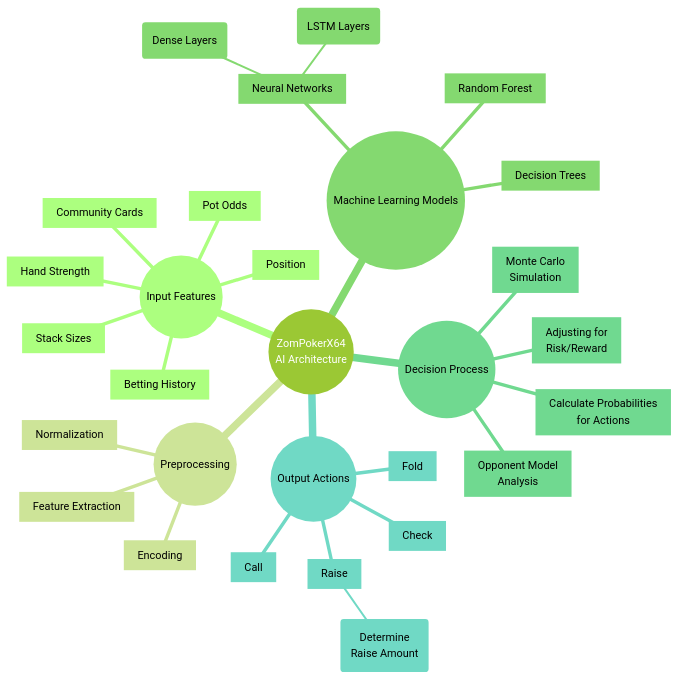
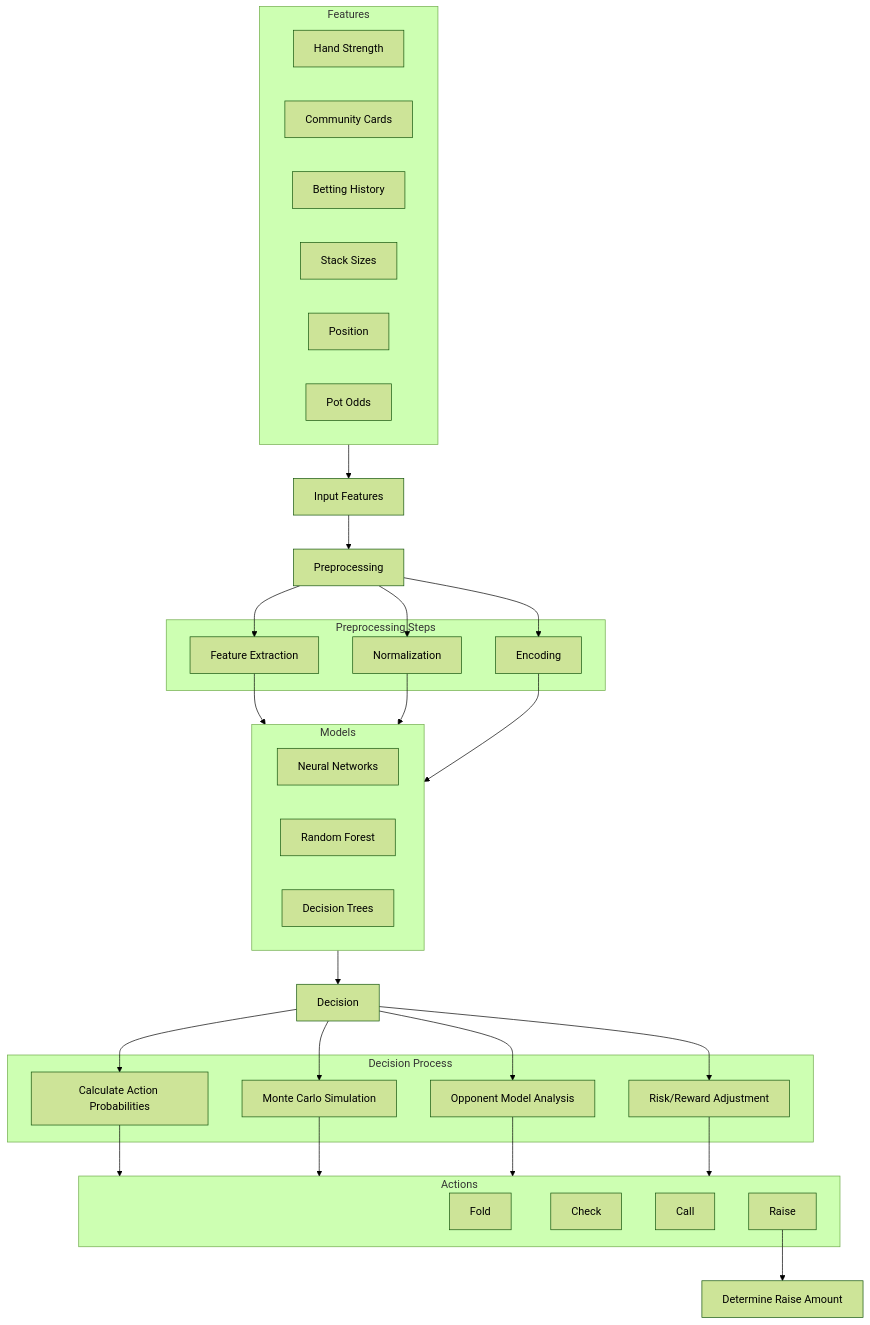
The third of 3 diagrams in README.md (JonusNattapong/PlantvsAi-zombitx64), drawn with Mermaid (forest theme) before and after one commit. The commit also changed other lines of this file, not shown here.

Commit message:
ปรับปรุง README.md โดยเปลี่ยนแผนภาพการทำงานของเกมโป๊กเกอร์และการสื่อสารระหว่าง Frontend-Backend เป็นรูปแบบใหม่ รวมถึงการอัปเดตสถาปัตยกรรม AI ของ ZomPokerX64 เพื่อให้ชัดเจนและเข้าใจง่ายขึ้น

````diff
--- a/README.md
+++ b/README.md
@@ -174,32 +190,58 @@
 ```mermaid
-mindmap
-  root((ZomPokerX64<br>AI Architecture))
-    ((Input Features))
-      [Hand Strength]
-      [Community Cards]
-      [Betting History]
-      [Stack Sizes]
-      [Position]
-      [Pot Odds]
-    ((Preprocessing))
-      [Feature Extraction]
-      [Normalization]
-      [Encoding]
-    ((Machine Learning Models))
-      [Neural Networks]
-        (Dense Layers)
-        (LSTM Layers)
-      [Random Forest]
-      [Decision Trees]
-    ((Decision Process))
-      [Calculate Probabilities<br>for Actions]
-      [Monte Carlo<br>Simulation]
-      [Opponent Model<br>Analysis]
-      [Adjusting for<br>Risk/Reward]
-    ((Output Actions))
-      [Fold]
-      [Check]
-      [Call]
-      [Raise]
-        (Determine<br>Raise Amount)
+graph TB
+    Input[Input Features] --> Preprocess[Preprocessing]
+    
+    subgraph Features
+    F1[Hand Strength]
+    F2[Community Cards]
+    F3[Betting History]
+    F4[Stack Sizes]
+    F5[Position]
+    F6[Pot Odds]
+    end
+    
+    Features --> Input
+    
+    subgraph Preprocessing Steps
+    P1[Feature Extraction]
+    P2[Normalization]
+    P3[Encoding]
+    end
+    
+    Preprocess --> P1
+    Preprocess --> P2
+    Preprocess --> P3
+    
+    P1 & P2 & P3 --> Models
+    
+    subgraph Models
+    M1[Neural Networks]
+    M2[Random Forest]
+    M3[Decision Trees]
+    end
+    
+    Models --> Decision
+    
+    subgraph Decision Process
+    D1[Calculate Action Probabilities]
+    D2[Monte Carlo Simulation]
+    D3[Opponent Model Analysis]
+    D4[Risk/Reward Adjustment]
+    end
+    
+    Decision --> D1
+    Decision --> D2
+    Decision --> D3
+    Decision --> D4
+    
+    D1 & D2 & D3 & D4 --> Actions
+    
+    subgraph Actions
+    A1[Fold]
+    A2[Check]
+    A3[Call]
+    A4[Raise]
+    end
+    
+    A4 --> RaiseCalc[Determine Raise Amount]
 ```
````
